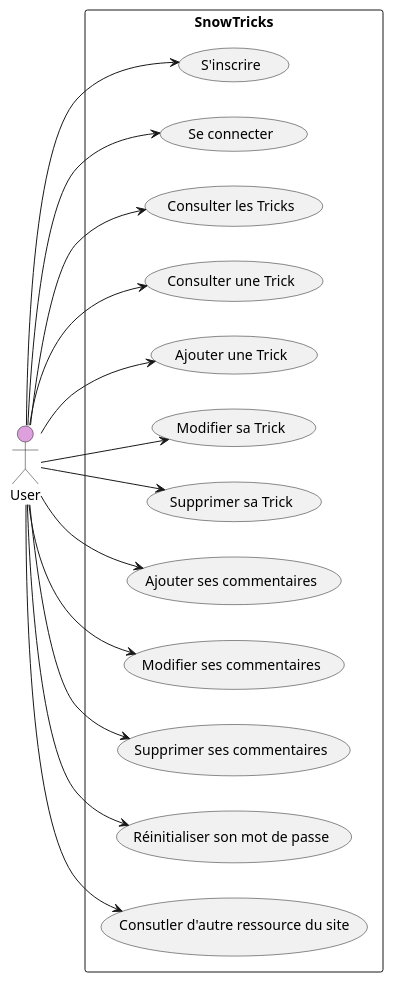
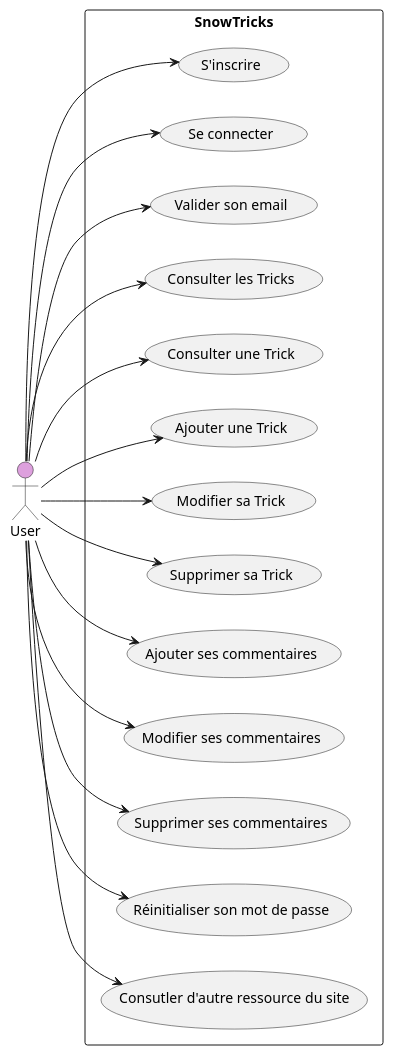
One commit to laurasullyalexandrine/SnowTricks changed the diagram in diagrammes-uml/UserCase/User.puml. Above: the diagram before and after it, drawn with PlantUML. The commit also changed 1 other file, not shown here.

```diff
--- a/diagrammes-uml/UserCase/User.puml
+++ b/diagrammes-uml/UserCase/User.puml
@@ -1,35 +1,37 @@
 @startuml User
 
 left to right direction
 
 actor "User" as User #Plum
 
 rectangle SnowTricks{
   usecase "S'inscrire" as UC1
   usecase "Se connecter" as UC2
-  usecase "Consulter les Tricks" as UC3
-  usecase "Consulter une Trick" as UC4
-  usecase "Ajouter une Trick" as UC5
-  usecase "Modifier sa Trick" as UC6
-  usecase "Supprimer sa Trick" as UC7
-  usecase "Ajouter ses commentaires" as UC8
-  usecase "Modifier ses commentaires" as UC9
-  usecase "Supprimer ses commentaires" as UC10
-  usecase "Réinitialiser son mot de passe" as UC11
-  usecase "Consutler d'autre ressource du site" as UC12
+  usecase "Valider son email" as UC3
+  usecase "Consulter les Tricks" as UC4
+  usecase "Consulter une Trick" as UC5
+  usecase "Ajouter une Trick" as UC6
+  usecase "Modifier sa Trick" as UC7
+  usecase "Supprimer sa Trick" as UC8
+  usecase "Ajouter ses commentaires" as UC9
+  usecase "Modifier ses commentaires" as UC10
+  usecase "Supprimer ses commentaires" as UC11
+  usecase "Réinitialiser son mot de passe" as UC12
+  usecase "Consutler d'autre ressource du site" as UC13
 }
 
 User --> UC1
 User --> UC2
 User --> UC3
 User --> UC4
 User --> UC5
 User --> UC6
 User --> UC7
 User --> UC8
 User --> UC9
 User --> UC10
 User --> UC11
 User --> UC12
+User --> UC13
 
 @enduml
```
